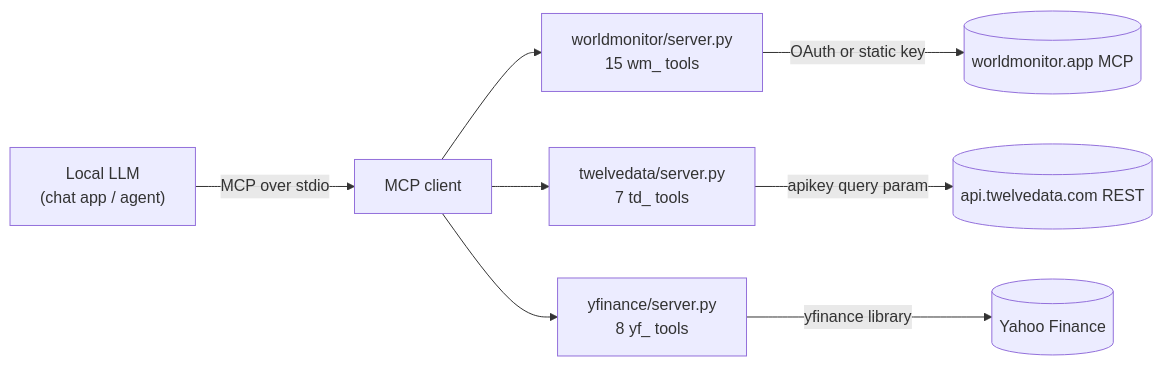
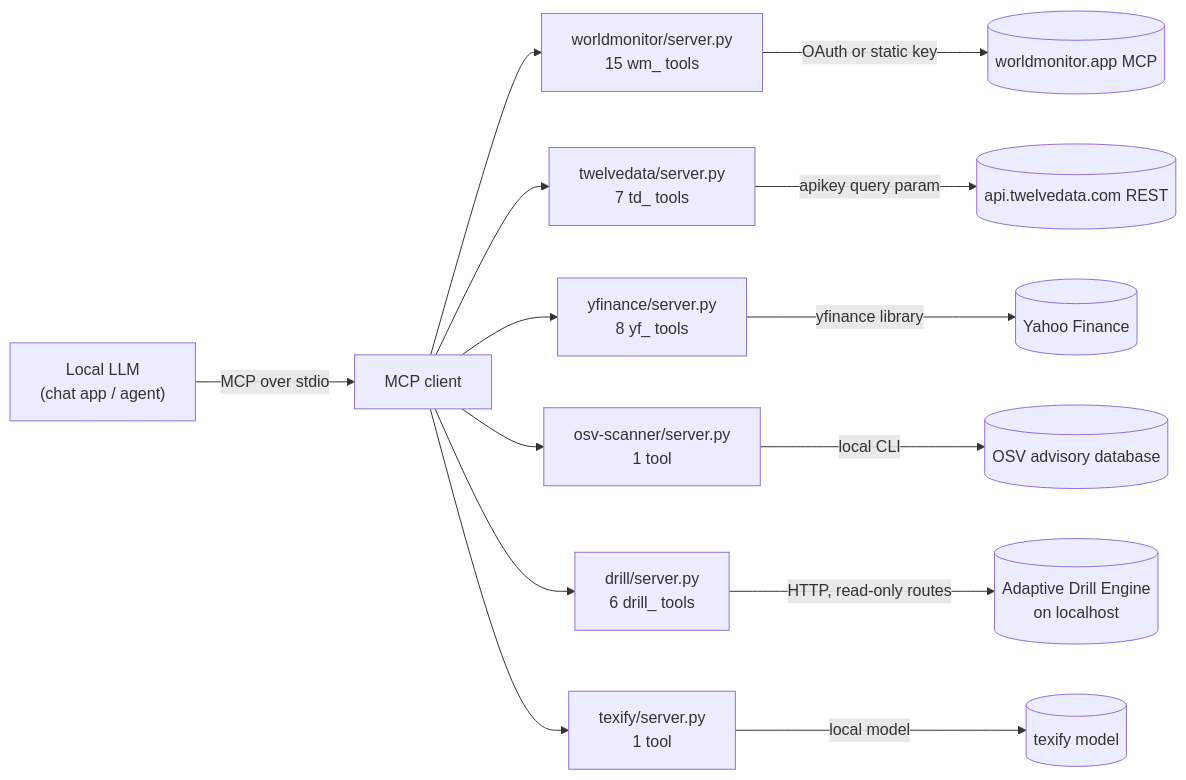
One commit to ryanwisth/local-llm-mcp-servers changed the diagram in README.md. Above: the diagram before and after it, drawn with Mermaid. The commit also changed other lines of this file and 7 other files, not shown here.

Commit message:
Add osv-scanner, drill and texify servers

````diff
--- a/README.md
+++ b/README.md
@@ -13,10 +13,16 @@
 ```mermaid
 flowchart LR
     LLM["Local LLM<br/>(chat app / agent)"] -->|MCP over stdio| C[MCP client]
     C --> WM[worldmonitor/server.py<br/>15 wm_ tools]
     C --> TD[twelvedata/server.py<br/>7 td_ tools]
     C --> YF[yfinance/server.py<br/>8 yf_ tools]
     WM -->|OAuth or static key| WMAPI[(worldmonitor.app MCP)]
     TD -->|apikey query param| TDAPI[(api.twelvedata.com REST)]
     YF -->|yfinance library| YAPI[(Yahoo Finance)]
+    C --> OSV[osv-scanner/server.py<br/>1 tool]
+    C --> DR[drill/server.py<br/>6 drill_ tools]
+    C --> TX[texify/server.py<br/>1 tool]
+    OSV -->|local CLI| OSVDB[(OSV advisory database)]
+    DR -->|HTTP, read-only routes| DRAPP[(Adaptive Drill Engine<br/>on localhost)]
+    TX -->|local model| TXM[(texify model)]
 ```
````
